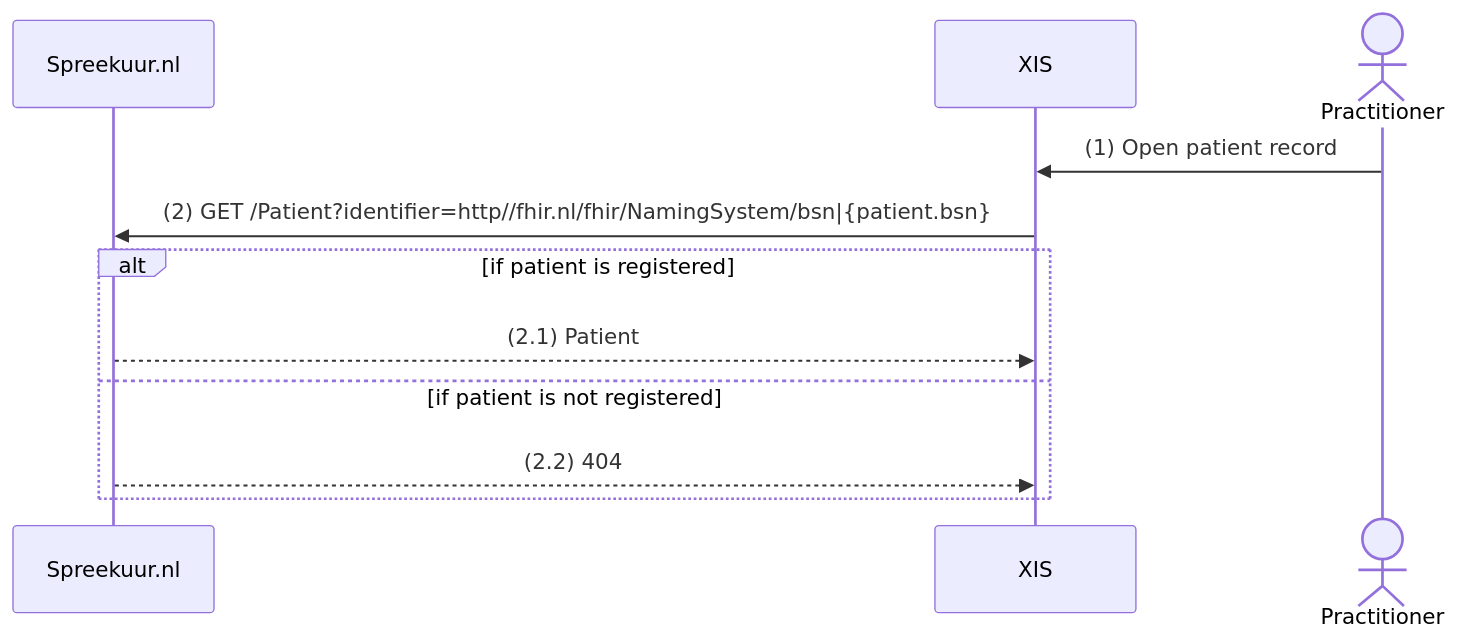
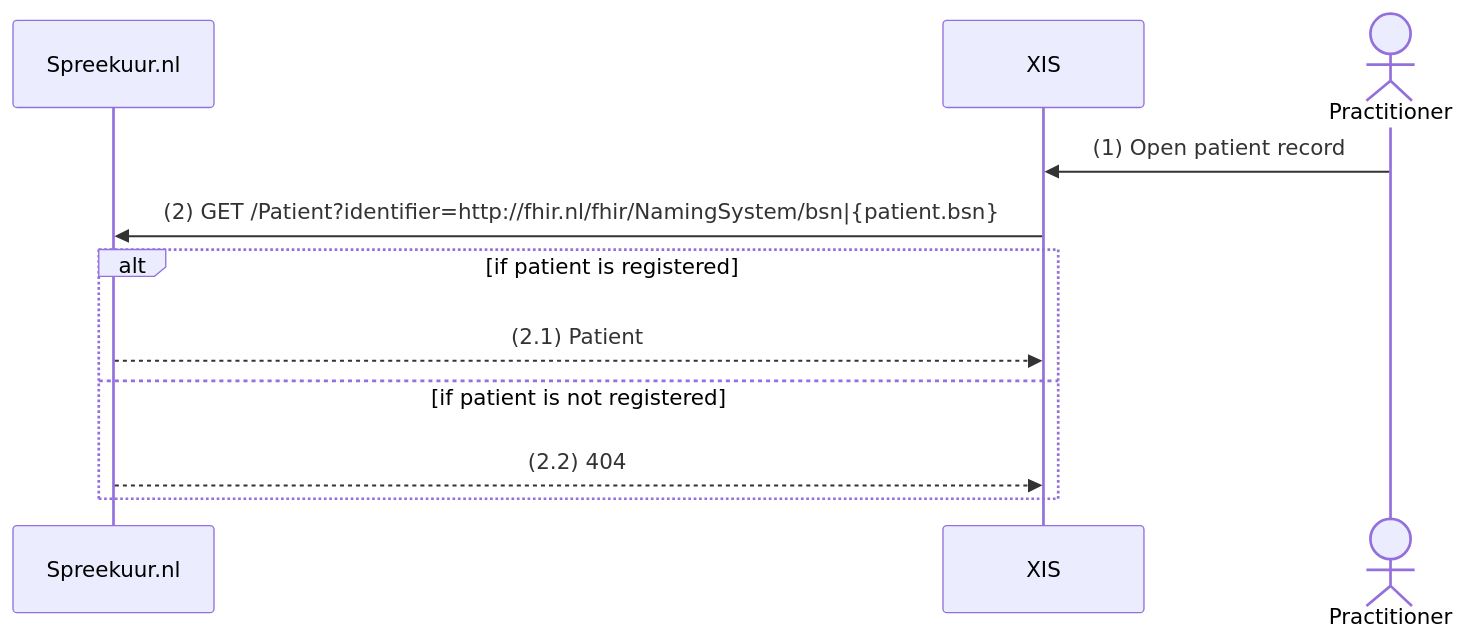
One commit to topicushealthcare/spreekuur-docs changed the first of 3 diagrams in docs/features/patient/patient-discovery.md. Above: the diagram before and after it, drawn with Mermaid.

````diff
--- a/docs/features/patient/patient-discovery.md
+++ b/docs/features/patient/patient-discovery.md
@@ -24,14 +24,14 @@
 ```mermaid
 sequenceDiagram    
     participant Spreekuur.nl
     participant XIS
     actor Practitioner
 
     Practitioner->>XIS: (1) Open patient record
-    XIS->>Spreekuur.nl: (2) GET /Patient?identifier=http//fhir.nl/fhir/NamingSystem/bsn|{patient.bsn}
+    XIS->>Spreekuur.nl: (2) GET /Patient?identifier=http://fhir.nl/fhir/NamingSystem/bsn|{patient.bsn}
     alt if patient is registered
         Spreekuur.nl-->>XIS: (2.1) Patient
     else if patient is not registered
         Spreekuur.nl-->>XIS: (2.2) 404
     end
 ```
````
